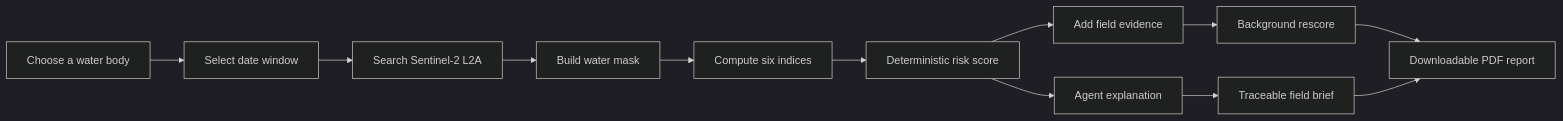
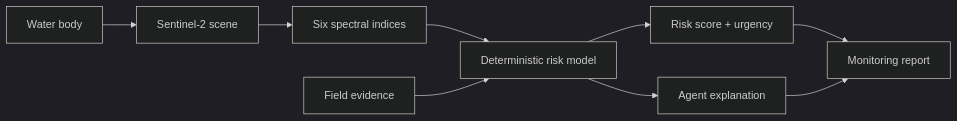
Before and after one commit to RidhimaKulashriz/aqua-lens: the diagram in README.md, drawn with Mermaid (dark theme). The commit also changed other lines of this file, not shown here.

````diff
--- a/README.md
+++ b/README.md
@@ -61,14 +60,11 @@
 ```mermaid
 flowchart LR
-    A[Choose a water body] --> B[Select date window]
-    B --> C[Search Sentinel-2 L2A]
-    C --> D[Build water mask]
-    D --> E[Compute six indices]
-    E --> F[Deterministic risk score]
-    F --> G[Add field evidence]
-    G --> H[Background rescore]
-    F --> I[Agent explanation]
-    I --> J[Traceable field brief]
-    H --> K[Downloadable PDF report]
-    J --> K
+  A[Water body] --> B[Sentinel-2 scene]
+  B --> C[Six spectral indices]
+  C --> D[Deterministic risk model]
+  D --> E[Risk score + urgency]
+  D --> F[Agent explanation]
+  G[Field evidence] --> D
+  E --> H[Monitoring report]
+  F --> H
 ```
````
